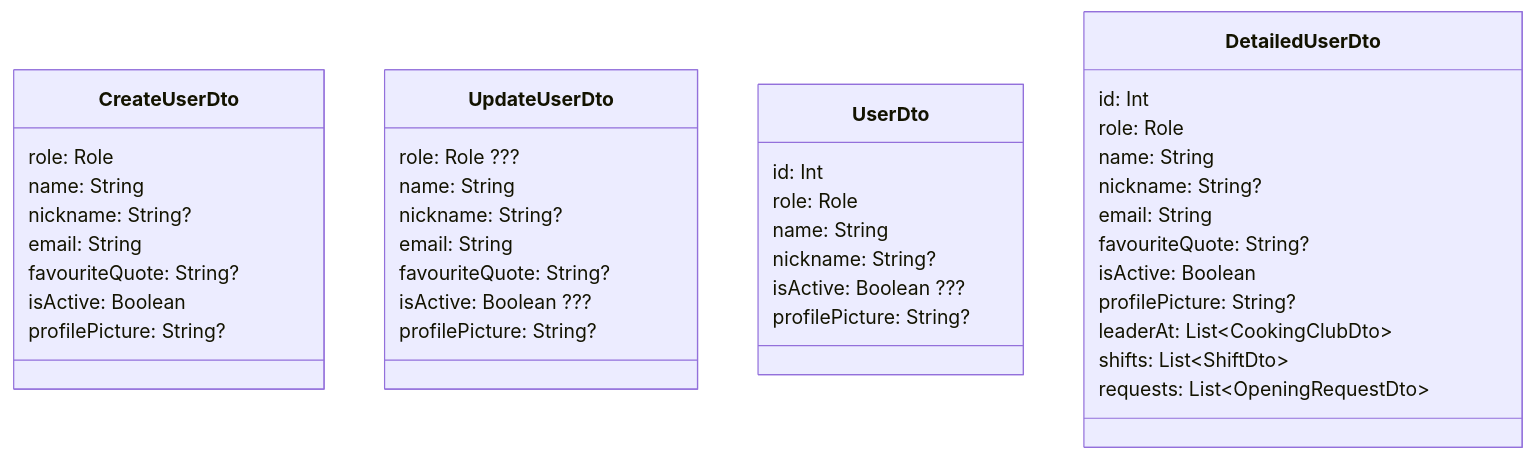
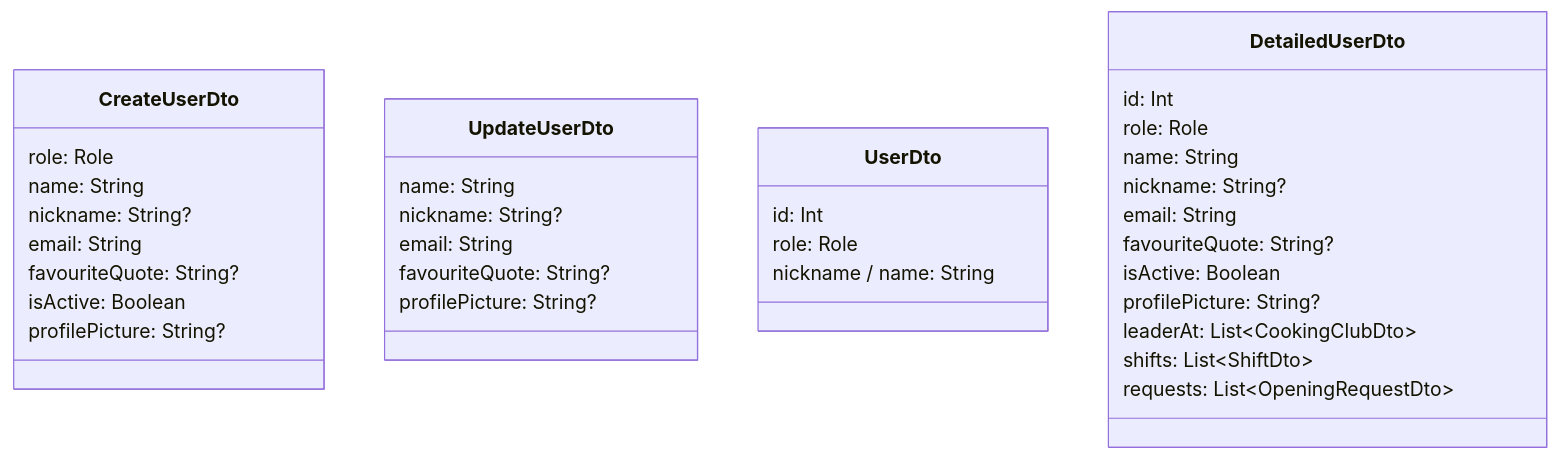
One commit to kir-dev/foodex-web changed the first of 9 diagrams in Upgrade backend TERV.md. Above: the diagram before and after it, drawn with Mermaid. The commit also changed other lines of this file, not shown here.

````diff
--- a/Upgrade backend TERV.md
+++ b/Upgrade backend TERV.md
@@ -5,46 +5,41 @@
 ```mermaid
 classDiagram
 
 class CreateUserDto {
     role: Role
     name: String
     nickname: String?
     email: String
     favouriteQuote: String?
     isActive: Boolean
     profilePicture: String?
 }
 
 class UpdateUserDto {
-    role: Role ???
     name: String
     nickname: String?
     email: String
     favouriteQuote: String?
-    isActive: Boolean ???
     profilePicture: String?
 }
 
 class UserDto {
     id: Int
     role: Role
-    name: String
-    nickname: String?
-    isActive: Boolean ???
-    profilePicture: String?
+    nickname / name: String
 }
 
 class DetailedUserDto {
     id: Int
     role: Role
     name: String
     nickname: String?
     email: String
     favouriteQuote: String?
     isActive: Boolean
     profilePicture: String?
     leaderAt: List&lt;CookingClubDto&gt;
     shifts: List&lt;ShiftDto&gt;
     requests: List&lt;OpeningRequestDto&gt;
 }
 ```
````
